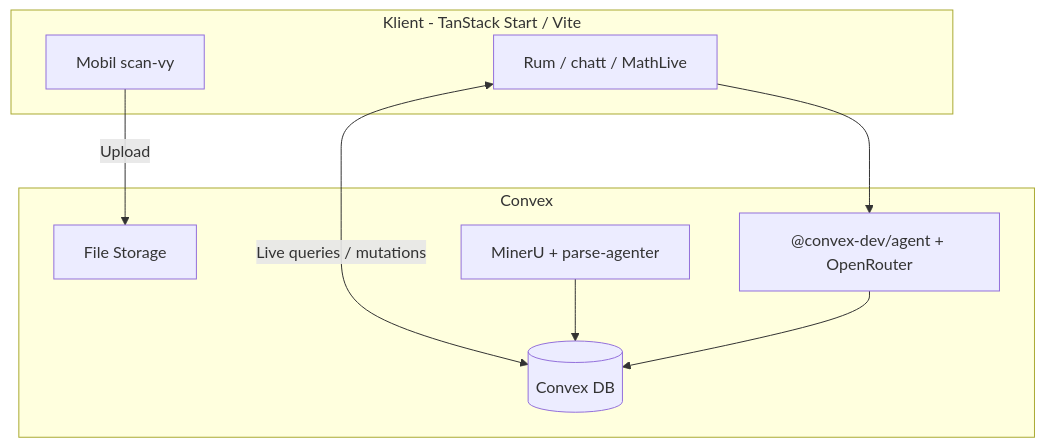
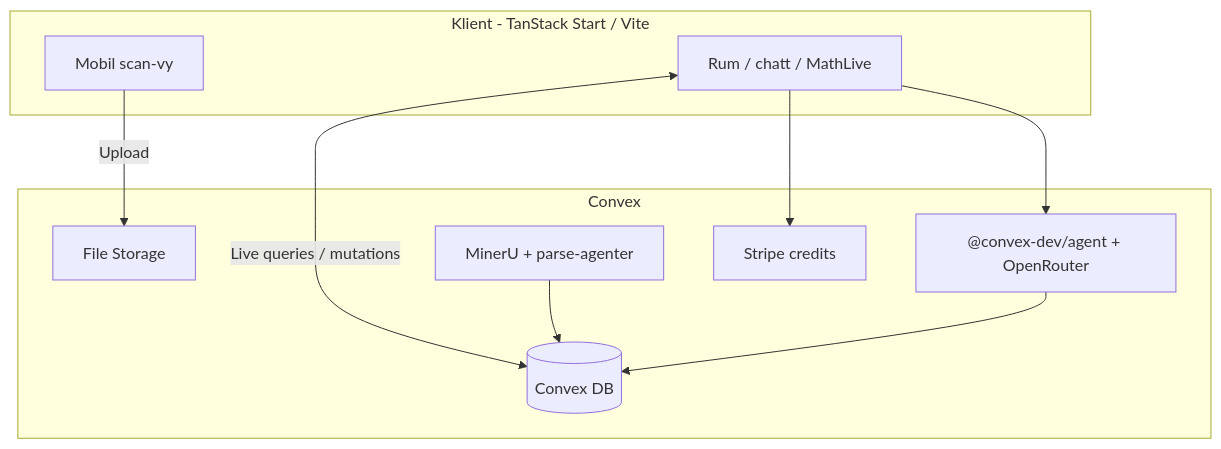
The diagram in README.md (Hawaii66/lumo), drawn with Mermaid before and after one commit. The commit also changed other lines of this file and 8 other files, not shown here.

````diff
--- a/README.md
+++ b/README.md
@@ -54,20 +60,22 @@
 ```mermaid
 flowchart TD
   subgraph Client [Klient - TanStack Start / Vite]
     UI[Rum / chatt / MathLive]
     Cam[Mobil scan-vy]
   end
 
   subgraph Convex [Convex]
     DB[(Convex DB)]
     FS[File Storage]
     Agent["@convex-dev/agent + OpenRouter"]
     Parse[MinerU + parse-agenter]
+    Pay[Stripe credits]
   end
 
   UI <-->|Live queries / mutations| DB
   Cam -->|Upload| FS
   UI --> Agent
   Parse --> DB
   Agent --> DB
+  UI --> Pay
 ```
````
